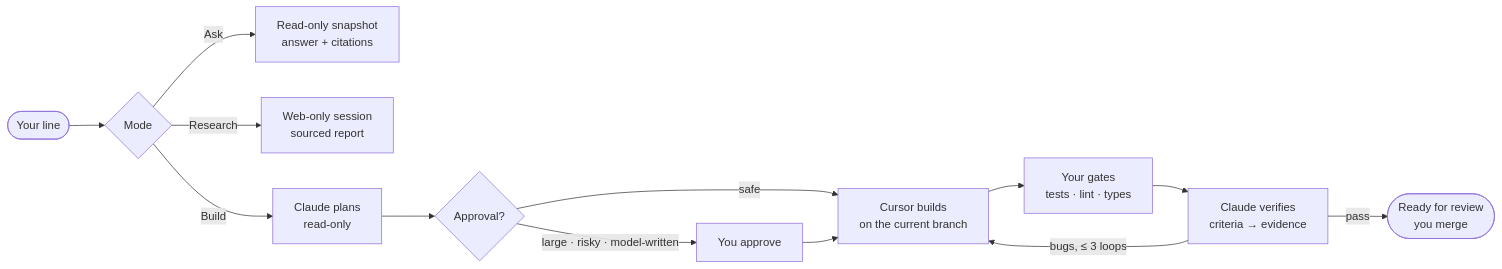
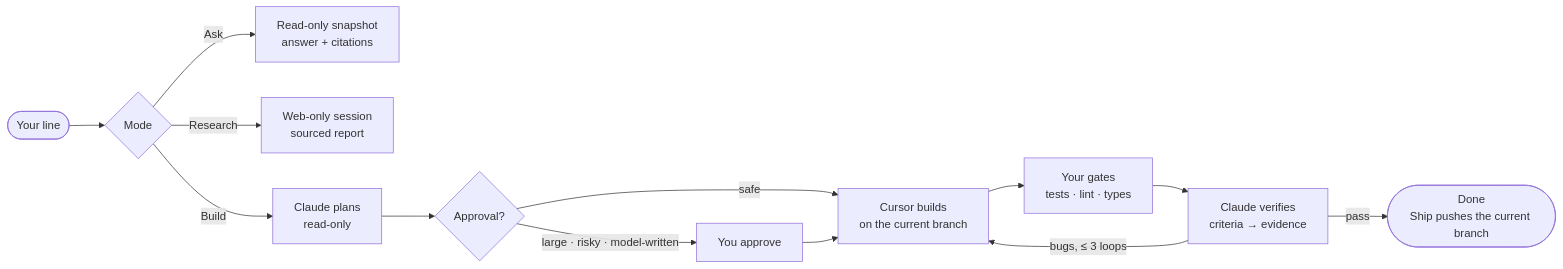
The diagram in README.md (TechTeamConductor/Conductor), drawn with Mermaid before and after one commit. The commit also changed other lines of this file and 93 other files, not shown here.

First line of the commit message:
feat: board columns, Stuck resolver, push to the current branch, Complete auto default; remove dashboard login

````diff
--- a/README.md
+++ b/README.md
@@ -159,15 +158,15 @@
 ```mermaid
 flowchart LR
     A([Your line]) --> B{Mode}
     B -->|Ask| Q[Read-only snapshot<br/>answer + citations]
     B -->|Research| R[Web-only session<br/>sourced report]
     B -->|Build| P[Claude plans<br/>read-only]
     P --> H{Approval?}
     H -->|large · risky · model-written| U[You approve]
     H -->|safe| W
     U --> W[Cursor builds<br/>on the current branch]
     W --> G[Your gates<br/>tests · lint · types]
     G --> V[Claude verifies<br/>criteria → evidence]
     V -->|bugs, ≤ 3 loops| W
-    V -->|pass| D([Ready for review<br/>you merge])
+    V -->|pass| D([Done<br/>Ship pushes the current branch])
 ```
````
